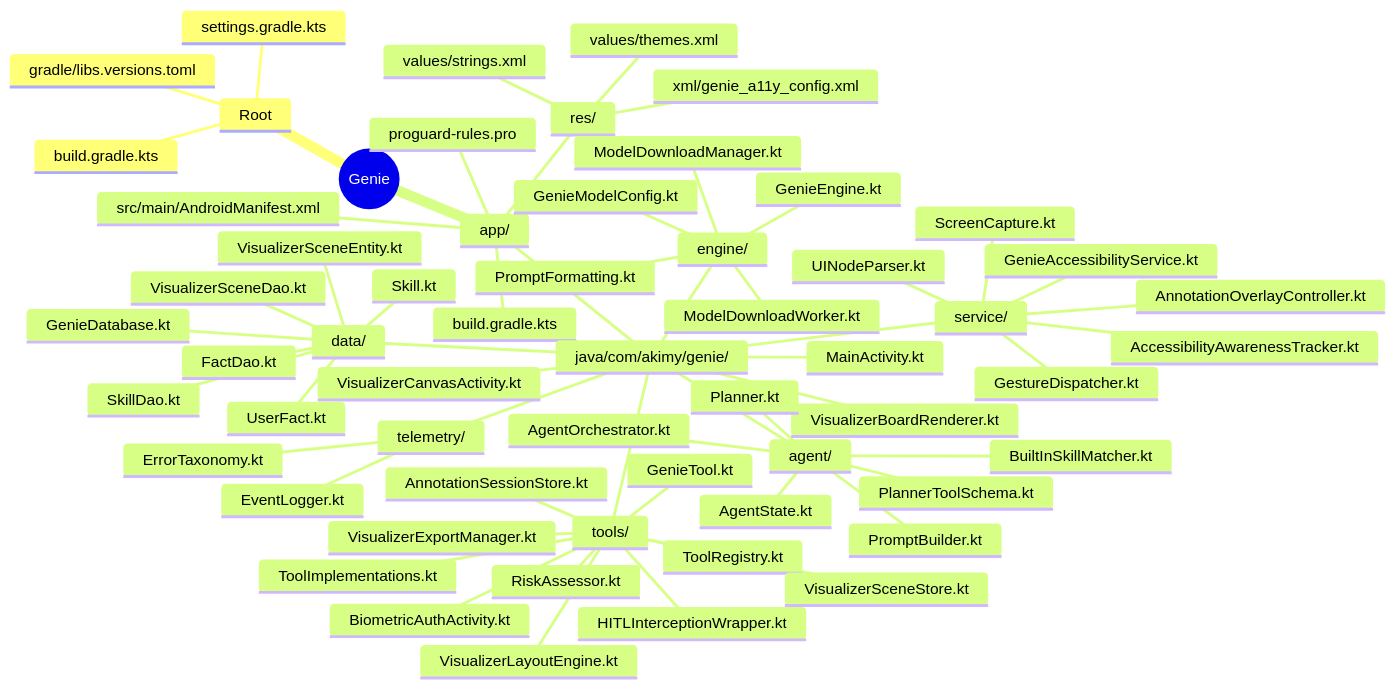
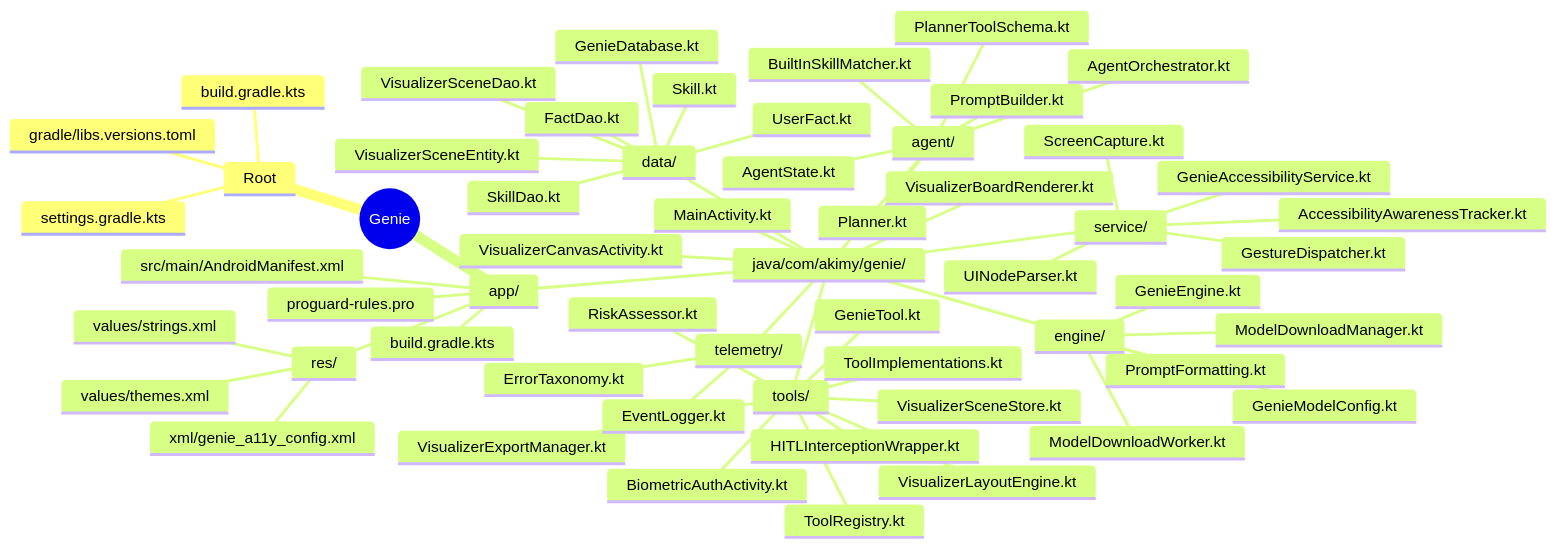
One commit to Akeem1955/Genie changed the seventh of 8 diagrams in Readme.md. Above: the diagram before and after it, drawn with Mermaid. The commit also changed other lines of this file and 41 other files, not shown here.

````diff
--- a/Readme.md
+++ b/Readme.md
@@ -632,62 +630,60 @@
 ```mermaid
 mindmap
     root((Genie))
         Root
             settings.gradle.kts
             build.gradle.kts
             gradle/libs.versions.toml
         app/
             build.gradle.kts
             proguard-rules.pro
             src/main/AndroidManifest.xml
             res/
                 xml/genie_a11y_config.xml
                 values/strings.xml
                 values/themes.xml
             java/com/akimy/genie/
                 MainActivity.kt
                 VisualizerCanvasActivity.kt
                 VisualizerBoardRenderer.kt
                 engine/
                     GenieModelConfig.kt
                     ModelDownloadManager.kt
                     ModelDownloadWorker.kt
                     GenieEngine.kt
                     PromptFormatting.kt
                 agent/
                     AgentState.kt
                     PromptBuilder.kt
                     Planner.kt
                     PlannerToolSchema.kt
                     BuiltInSkillMatcher.kt
                     AgentOrchestrator.kt
                 service/
                     GenieAccessibilityService.kt
                     UINodeParser.kt
                     GestureDispatcher.kt
                     ScreenCapture.kt
                     AccessibilityAwarenessTracker.kt
-                    AnnotationOverlayController.kt
                 tools/
                     GenieTool.kt
                     ToolRegistry.kt
                     ToolImplementations.kt
                     HITLInterceptionWrapper.kt
                     RiskAssessor.kt
                     BiometricAuthActivity.kt
-                    AnnotationSessionStore.kt
                     VisualizerSceneStore.kt
                     VisualizerLayoutEngine.kt
                     VisualizerExportManager.kt
                 data/
                     UserFact.kt
                     Skill.kt
                     VisualizerSceneEntity.kt
                     FactDao.kt
                     SkillDao.kt
                     VisualizerSceneDao.kt
                     GenieDatabase.kt
                 telemetry/
                     EventLogger.kt
                     ErrorTaxonomy.kt
 ```
````
